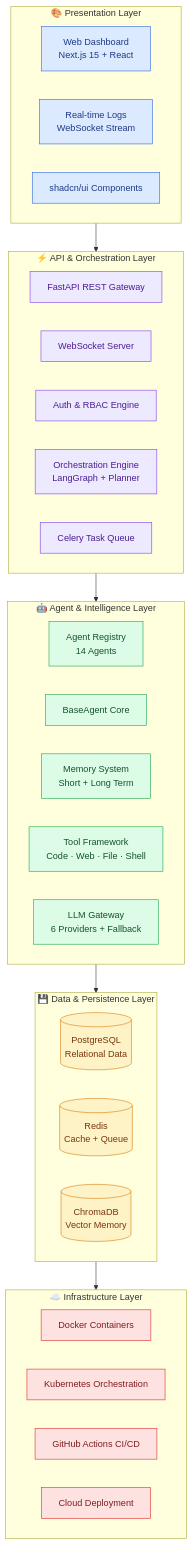
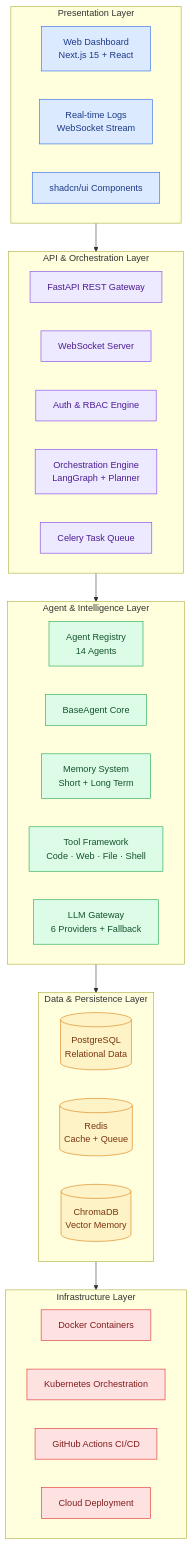
Before and after one commit to zainsardar-tech/zarix-agentos: the first of 4 diagrams in docs/system-architecture.md, drawn with Mermaid. The commit also changed other lines of this file and 9 other files, not shown here.

Commit message:
fix diagram alignment and formatting

````diff
--- a/docs/system-architecture.md
+++ b/docs/system-architecture.md
@@ -15,54 +15,54 @@
 ```mermaid
 flowchart TB
-    subgraph L1["🎨 Presentation Layer"]
-        FE[Web Dashboard<br/>Next.js 15 + React]
-        RT[Real-time Logs<br/>WebSocket Stream]
-        UI[shadcn/ui Components]
-    end
+  subgraph L1[" Presentation Layer"]
+  FE[Web Dashboard<br/>Next.js 15 + React]
+  RT[Real-time Logs<br/>WebSocket Stream]
+  UI[shadcn/ui Components]
+  end
 
-    subgraph L2["⚡ API & Orchestration Layer"]
-        API[FastAPI REST Gateway]
-        WS[WebSocket Server]
-        AUTH[Auth & RBAC Engine]
-        ORCH[Orchestration Engine<br/>LangGraph + Planner]
-        CEL[Celery Task Queue]
-    end
+  subgraph L2[" API & Orchestration Layer"]
+  API[FastAPI REST Gateway]
+  WS[WebSocket Server]
+  AUTH[Auth & RBAC Engine]
+  ORCH[Orchestration Engine<br/>LangGraph + Planner]
+  CEL[Celery Task Queue]
+  end
 
-    subgraph L3["🤖 Agent & Intelligence Layer"]
-        REG[Agent Registry<br/>14 Agents]
-        BASE[BaseAgent Core]
-        MEM[Memory System<br/>Short + Long Term]
-        TOOLS[Tool Framework<br/>Code · Web · File · Shell]
-        LLMG[LLM Gateway<br/>6 Providers + Fallback]
-    end
+  subgraph L3[" Agent & Intelligence Layer"]
+  REG[Agent Registry<br/>14 Agents]
+  BASE[BaseAgent Core]
+  MEM[Memory System<br/>Short + Long Term]
+  TOOLS[Tool Framework<br/>Code · Web · File · Shell]
+  LLMG[LLM Gateway<br/>6 Providers + Fallback]
+  end
 
-    subgraph L4["💾 Data & Persistence Layer"]
-        PG[(PostgreSQL<br/>Relational Data)]
-        RD[(Redis<br/>Cache + Queue)]
-        VDB[(ChromaDB<br/>Vector Memory)]
-    end
+  subgraph L4[" Data & Persistence Layer"]
+  PG[(PostgreSQL<br/>Relational Data)]
+  RD[(Redis<br/>Cache + Queue)]
+  VDB[(ChromaDB<br/>Vector Memory)]
+  end
 
-    subgraph L5["☁️ Infrastructure Layer"]
-        DK[Docker Containers]
-        K8S[Kubernetes Orchestration]
-        CI[GitHub Actions CI/CD]
-        AWS[Cloud Deployment]
-    end
+  subgraph L5[" Infrastructure Layer"]
+  DK[Docker Containers]
+  K8S[Kubernetes Orchestration]
+  CI[GitHub Actions CI/CD]
+  AWS[Cloud Deployment]
+  end
 
-    L1 --> L2
-    L2 --> L3
-    L3 --> L4
-    L4 --> L5
+  L1 --> L2
+  L2 --> L3
+  L3 --> L4
+  L4 --> L5
 
-    classDef l1 fill:#DBEAFE,stroke:#2563EB,color:#1E3A8A
-    classDef l2 fill:#EDE9FE,stroke:#7C3AED,color:#4C1D95
-    classDef l3 fill:#DCFCE7,stroke:#16A34A,color:#14532D
-    classDef l4 fill:#FEF3C7,stroke:#D97706,color:#78350F
-    classDef l5 fill:#FEE2E2,stroke:#DC2626,color:#7F1D1D
+  classDef l1 fill:#DBEAFE,stroke:#2563EB,color:#1E3A8A
+  classDef l2 fill:#EDE9FE,stroke:#7C3AED,color:#4C1D95
+  classDef l3 fill:#DCFCE7,stroke:#16A34A,color:#14532D
+  classDef l4 fill:#FEF3C7,stroke:#D97706,color:#78350F
+  classDef l5 fill:#FEE2E2,stroke:#DC2626,color:#7F1D1D
 
-    class FE,RT,UI l1
-    class API,WS,AUTH,ORCH,CEL l2
-    class REG,BASE,MEM,TOOLS,LLMG l3
-    class PG,RD,VDB l4
-    class DK,K8S,CI,AWS l5
+  class FE,RT,UI l1
+  class API,WS,AUTH,ORCH,CEL l2
+  class REG,BASE,MEM,TOOLS,LLMG l3
+  class PG,RD,VDB l4
+  class DK,K8S,CI,AWS l5
 ```
````
